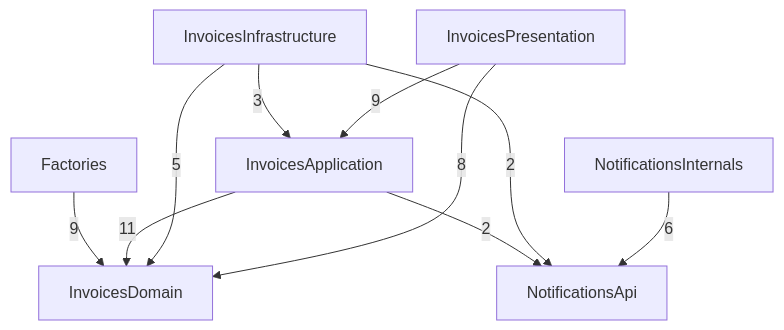
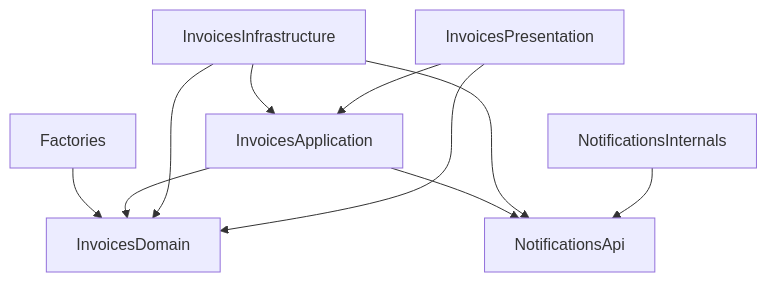
One commit to xc26gsnck4-creator/interview_3 changed the diagram in SOLUTION.md. Above: the diagram before and after it, drawn with Mermaid. The commit also changed other lines of this file, not shown here.

````diff
--- a/SOLUTION.md
+++ b/SOLUTION.md
@@ -32,12 +32,12 @@
 ```mermaid
 flowchart TD;
-    Factories -->|9| InvoicesDomain;
-    InvoicesApplication -->|11| InvoicesDomain;
-    InvoicesApplication -->|2| NotificationsApi;
-    InvoicesInfrastructure -->|5| InvoicesDomain;
-    InvoicesInfrastructure -->|3| InvoicesApplication;
-    InvoicesInfrastructure -->|2| NotificationsApi;
-    InvoicesPresentation -->|9| InvoicesApplication;
-    InvoicesPresentation -->|8| InvoicesDomain;
-    NotificationsInternals -->|6| NotificationsApi;
+    Factories --> InvoicesDomain;
+    InvoicesApplication --> InvoicesDomain;
+    InvoicesApplication --> NotificationsApi;
+    InvoicesInfrastructure --> InvoicesDomain;
+    InvoicesInfrastructure --> InvoicesApplication;
+    InvoicesInfrastructure --> NotificationsApi;
+    InvoicesPresentation --> InvoicesApplication;
+    InvoicesPresentation --> InvoicesDomain;
+    NotificationsInternals --> NotificationsApi;
 ```
````
